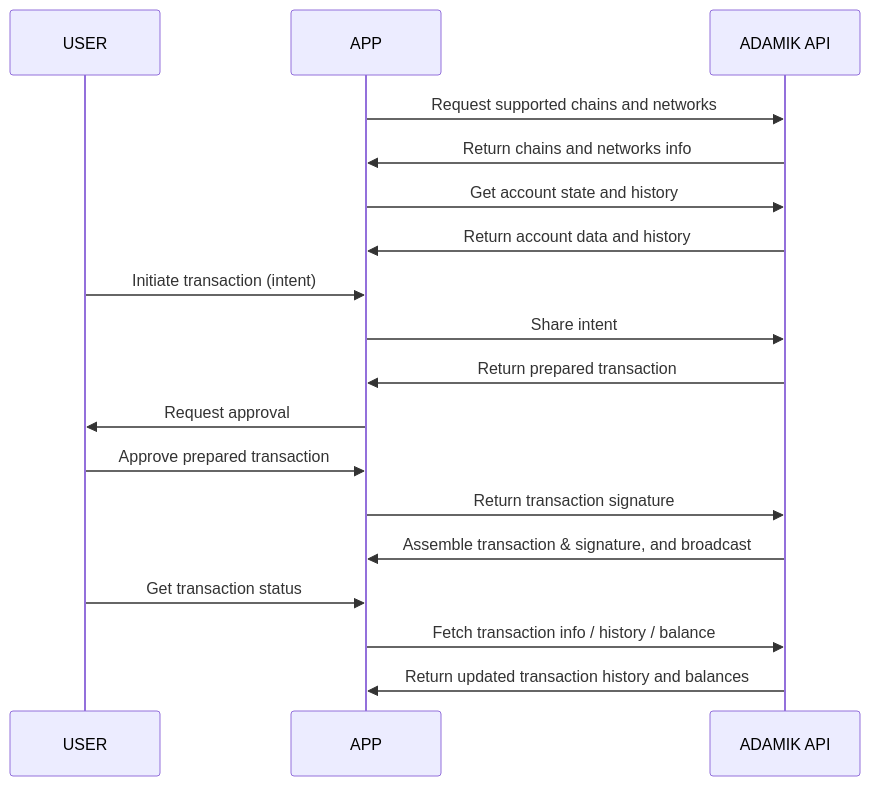
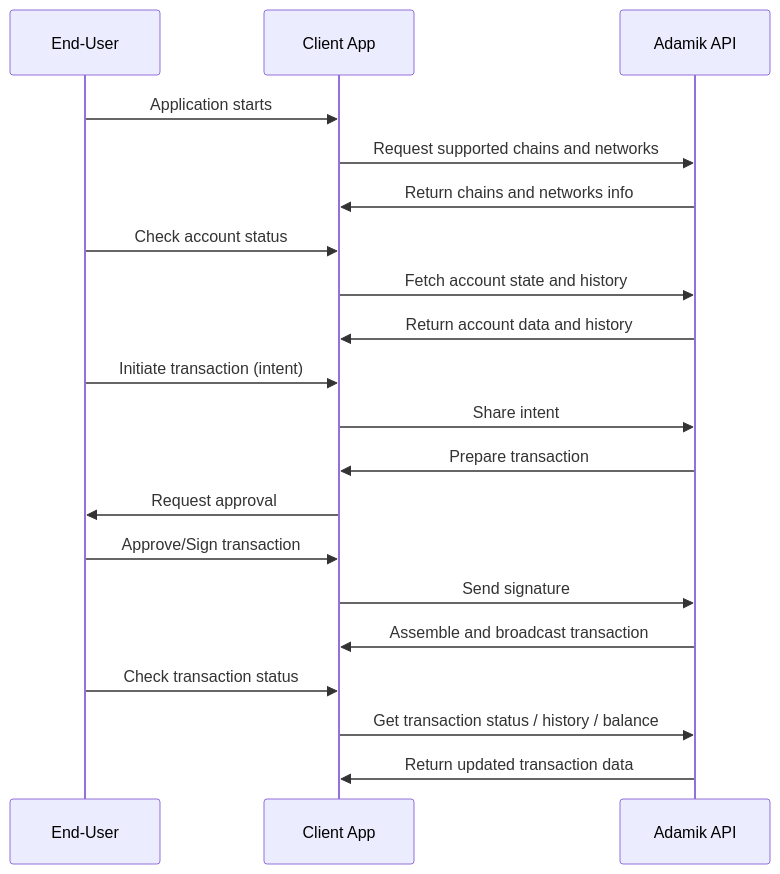
Before and after one commit to AdamikHQ/adamik-documentation: the diagram in get_started/overview.mdx, drawn with Mermaid. The commit also changed 2 other files, not shown here.

Commit message:
update look & feel on diagram

````diff
--- a/get_started/overview.mdx
+++ b/get_started/overview.mdx
@@ -13,25 +13,32 @@
 ```mermaid
 
 sequenceDiagram
-participant USER
-participant APP
-participant ADAMIK API
+    participant USER as End-User
+    participant CLIENT as Client App
+    participant ADAMIK as Adamik API
 
-    APP->>ADAMIK API: Request supported chains and networks
-    ADAMIK API->>APP: Return chains and networks info
+    %% Application Bootstrapping %%
+    USER->>CLIENT: Application starts
+    CLIENT->>ADAMIK: Request supported chains and networks
+    ADAMIK->>CLIENT: Return chains and networks info
 
-    APP->>ADAMIK API: Get account state and history
-    ADAMIK API->>APP: Return account data and history
+    %% Account Management %%
+    USER->>CLIENT: Check account status
+    CLIENT->>ADAMIK: Fetch account state and history
+    ADAMIK->>CLIENT: Return account data and history
 
-    USER->>APP: Initiate transaction (intent)
-    APP->>ADAMIK API: Share intent
-    ADAMIK API->>APP: Return prepared transaction
-    APP->> USER: Request approval
-    USER->>APP: Approve prepared transaction
-    APP->>ADAMIK API: Return transaction signature
-    ADAMIK API->>APP: Assemble transaction & signature, and broadcast
+    %% Transaction Process %%
+    USER->>CLIENT: Initiate transaction (intent)
+    CLIENT->>ADAMIK: Share intent
+    ADAMIK->>CLIENT: Prepare transaction
+    CLIENT->>USER: Request approval
+    USER->>CLIENT: Approve/Sign transaction
+    CLIENT->>ADAMIK: Send signature
+    ADAMIK->>CLIENT: Assemble and broadcast transaction
 
-    USER->>APP: Get transaction status
-    APP->>ADAMIK API: Fetch transaction info / history / balance
-    ADAMIK API->>APP: Return updated transaction history and balances
+    %% Transaction Status %%
+    USER->>CLIENT: Check transaction status
+    CLIENT->>ADAMIK: Get transaction status / history / balance
+    ADAMIK->>CLIENT: Return updated transaction data
+
 ```
````
